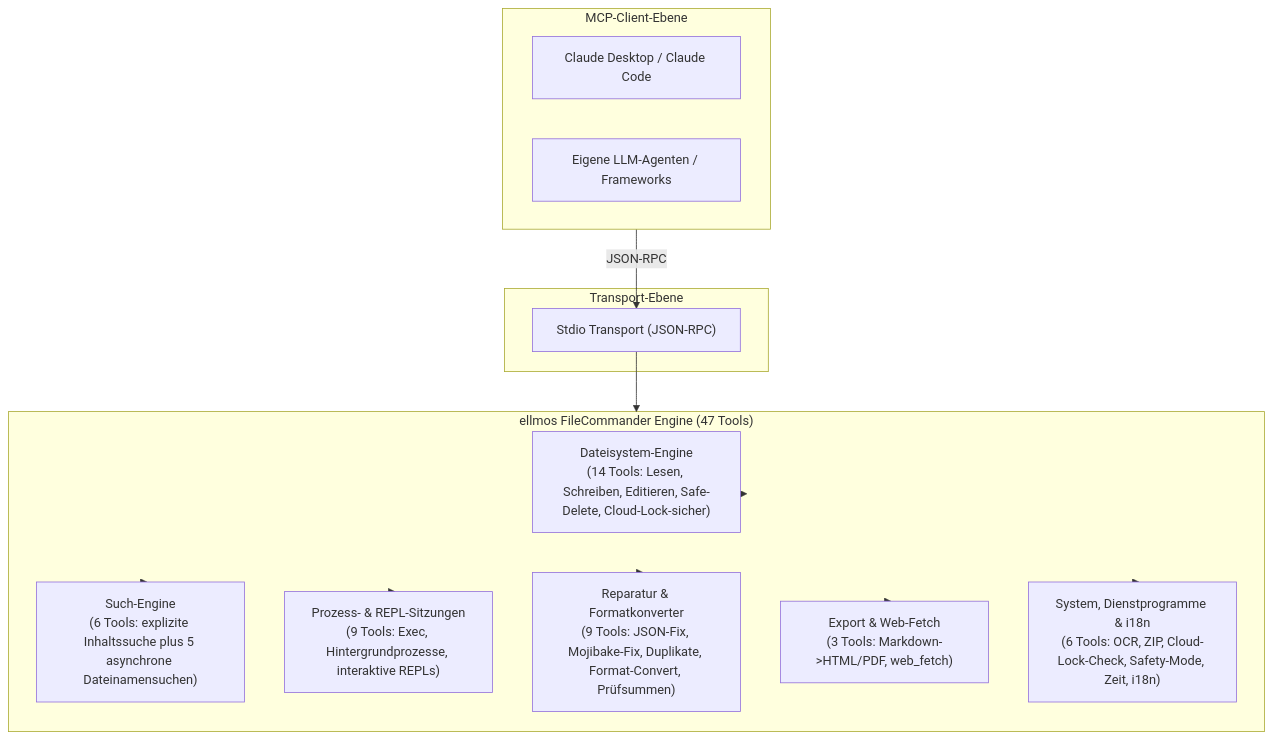
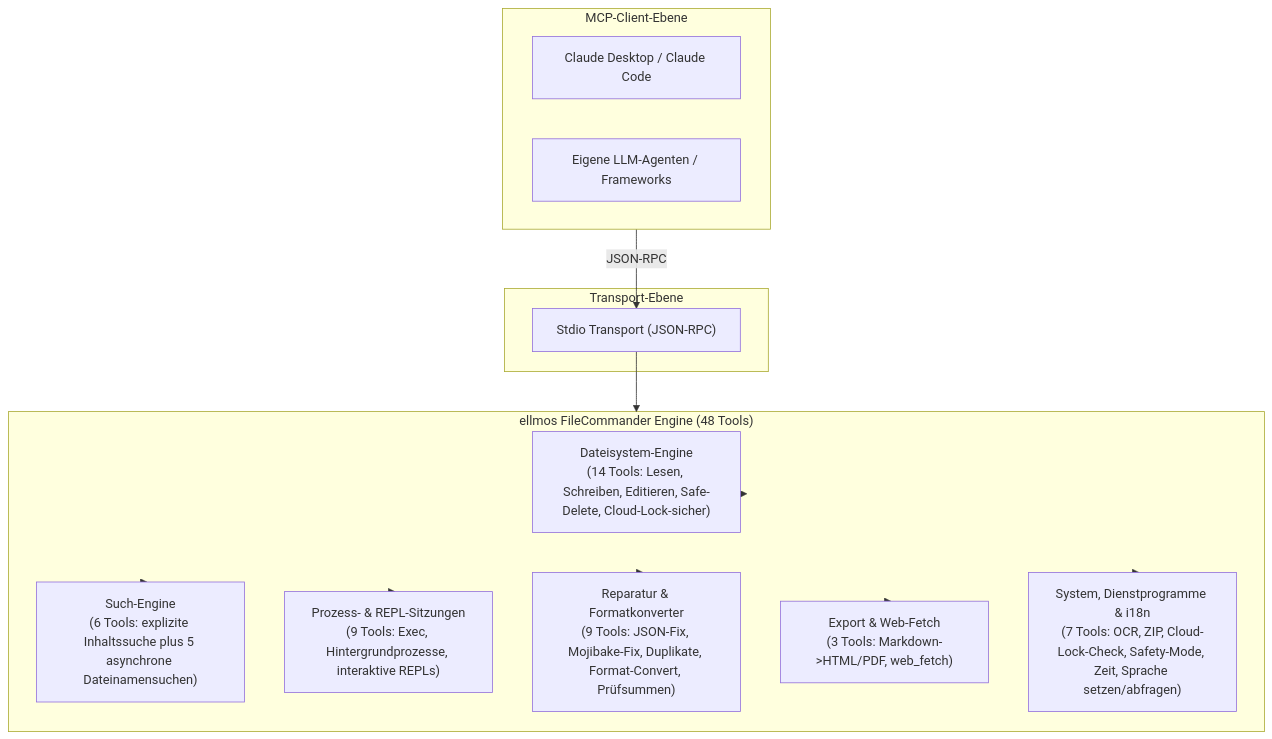
One commit to lukisch/bach-filecommander-mcp changed the first of 2 diagrams in README_de.md. Above: the diagram before and after it, drawn with Mermaid. The commit also changed other lines of this file and 19 other files, not shown here.

````diff
--- a/README_de.md
+++ b/README_de.md
@@ -63,29 +63,29 @@
 ```mermaid
 flowchart TD
     subgraph Client["MCP-Client-Ebene"]
         Claude["Claude Desktop / Claude Code"]
         Custom["Eigene LLM-Agenten / Frameworks"]
     end
 
     subgraph Transport["Transport-Ebene"]
         Stdio["Stdio Transport (JSON-RPC)"]
     end
 
-    subgraph Core["ellmos FileCommander Engine (47 Tools)"]
+    subgraph Core["ellmos FileCommander Engine (48 Tools)"]
         FS["Dateisystem-Engine\n(14 Tools: Lesen, Schreiben, Editieren, Safe-Delete, Cloud-Lock-sicher)"]
         Search["Such-Engine\n(6 Tools: explizite Inhaltssuche plus 5 asynchrone Dateinamensuchen)"]
         Proc["Prozess- & REPL-Sitzungen\n(9 Tools: Exec, Hintergrundprozesse, interaktive REPLs)"]
         Repair["Reparatur & Formatkonverter\n(9 Tools: JSON-Fix, Mojibake-Fix, Duplikate, Format-Convert, Prüfsummen)"]
         Export["Export & Web-Fetch\n(3 Tools: Markdown->HTML/PDF, web_fetch)"]
-        Sys["System, Dienstprogramme & i18n\n(6 Tools: OCR, ZIP, Cloud-Lock-Check, Safety-Mode, Zeit, i18n)"]
+        Sys["System, Dienstprogramme & i18n\n(7 Tools: OCR, ZIP, Cloud-Lock-Check, Safety-Mode, Zeit, Sprache setzen/abfragen)"]
     end
 
     Client -->|JSON-RPC| Stdio
     Stdio --> Core
     Core --> FS
     Core --> Search
     Core --> Proc
     Core --> Repair
     Core --> Export
     Core --> Sys
 ```
````
